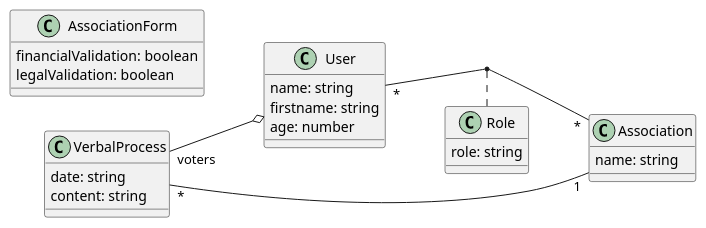
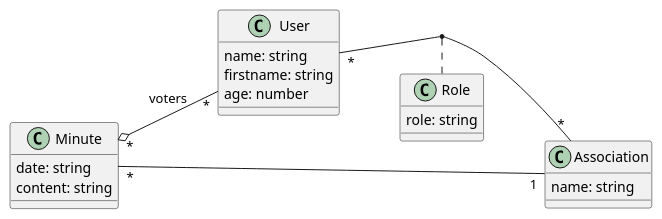
Before and after one commit to stephaniechallita/WebServer-course: the diagram in plantuml/diagram_classes.plantuml, drawn with PlantUML. The commit also changed 6 other files, not shown here.

Commit message:
Update class diagrams

```diff
--- a/plantuml/diagram_classes.plantuml
+++ b/plantuml/diagram_classes.plantuml
@@ -1,26 +1,22 @@
 @startuml diagram_classes
 left to right direction
 class Role {
     role: string
 }
 class User {
     name: string
     firstname: string
     age: number
 }
 class Association {
     name: string
 }
-class VerbalProcess {
+class Minute {
     date: string
     content: string
 }
-class AssociationForm {
-    financialValidation: boolean
-    legalValidation: boolean
-}
-VerbalProcess "*" -- "1" Association
-VerbalProcess "voters" --o User
+Minute "*" -- "1" Association
+Minute "*" o-- "*" User: voters
 User "*" -- "*" Association
 (User, Association) .. Role
 @enduml
```
